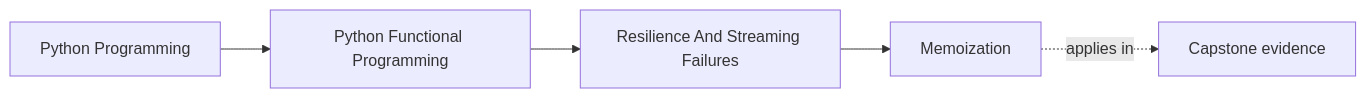
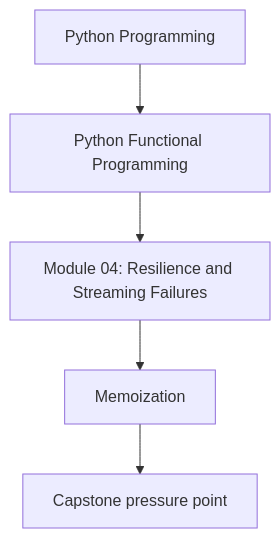
Before and after one commit to bijux/bijux-masterclass: the first of 3 diagrams in programs/python-programming/python-functional-programming/course-book/module-04-resilience-and-streaming-failures/memoization.md, drawn with Mermaid. The commit also changed other lines of this file and 118 other files, not shown here.

Commit message:
docs(python-functional-programming): align concept page diagrams

````diff
--- a/programs/python-programming/python-functional-programming/course-book/module-04-resilience-and-streaming-failures/memoization.md
+++ b/programs/python-programming/python-functional-programming/course-book/module-04-resilience-and-streaming-failures/memoization.md
@@ -7,11 +7,7 @@
 ```mermaid
-graph LR
-  family["Python Programming"]
-  program["Python Functional Programming"]
-  section["Resilience And Streaming Failures"]
-  page["Memoization"]
-  capstone["Capstone evidence"]
-
-  family --> program --> section --> page
-  page -.applies in.-> capstone
+flowchart TD
+  family["Python Programming"] --> program["Python Functional Programming"]
+  program --> module["Module 04: Resilience and Streaming Failures"]
+  module --> concept["Memoization"]
+  concept --> capstone["Capstone pressure point"]
 ```
````
